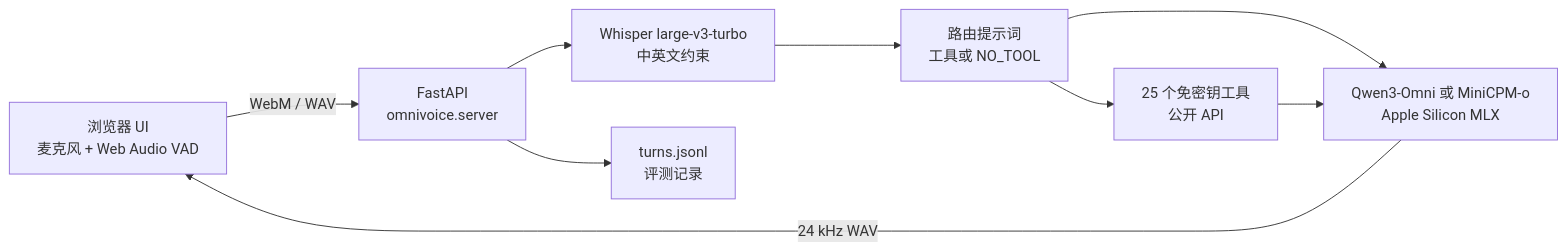
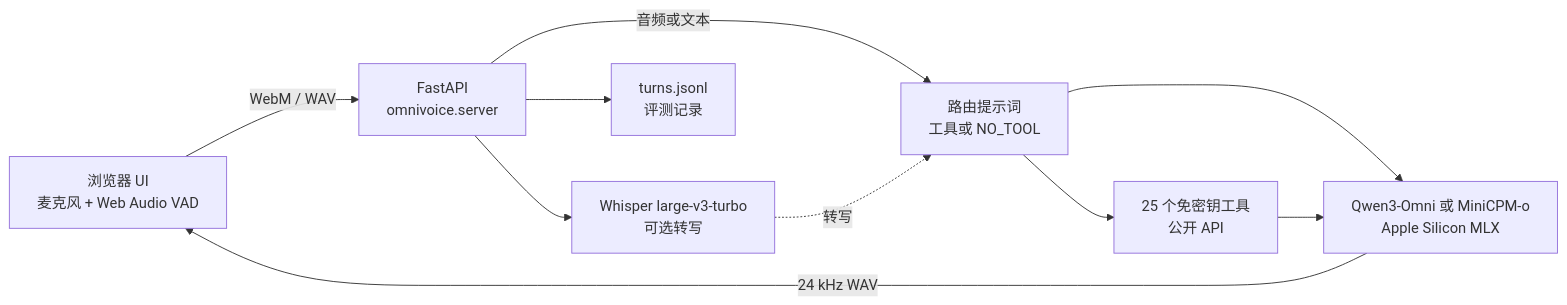
One commit to chen3feng/omnivoice-mlx changed the diagram in README.zh-CN.md. Above: the diagram before and after it, drawn with Mermaid. The commit also changed other lines of this file and 11 other files, not shown here.

````diff
--- a/README.zh-CN.md
+++ b/README.zh-CN.md
@@ -23,11 +23,12 @@
 ```mermaid
 flowchart LR
   Browser["浏览器 UI<br/>麦克风 + Web Audio VAD"] -->|WebM / WAV| API["FastAPI<br/>omnivoice.server"]
-  API --> ASR["Whisper large-v3-turbo<br/>中英文约束"]
-  ASR --> Router["路由提示词<br/>工具或 NO_TOOL"]
+  API -->|音频或文本| Router["路由提示词<br/>工具或 NO_TOOL"]
+  API --> ASR["Whisper large-v3-turbo<br/>可选转写"]
+  ASR -.->|转写| Router
   Router --> Tools["25 个免密钥工具<br/>公开 API"]
   Router --> Model["Qwen3-Omni 或 MiniCPM-o<br/>Apple Silicon MLX"]
   Tools --> Model
   Model -->|24 kHz WAV| Browser
   API --> Log["turns.jsonl<br/>评测记录"]
 ```
````
